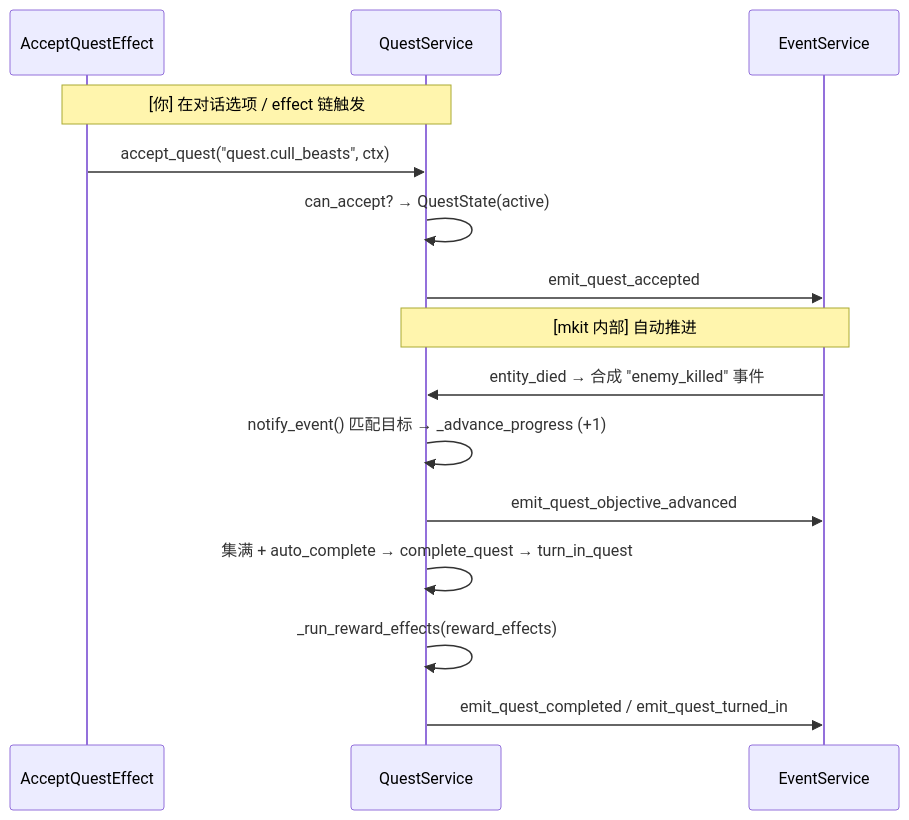
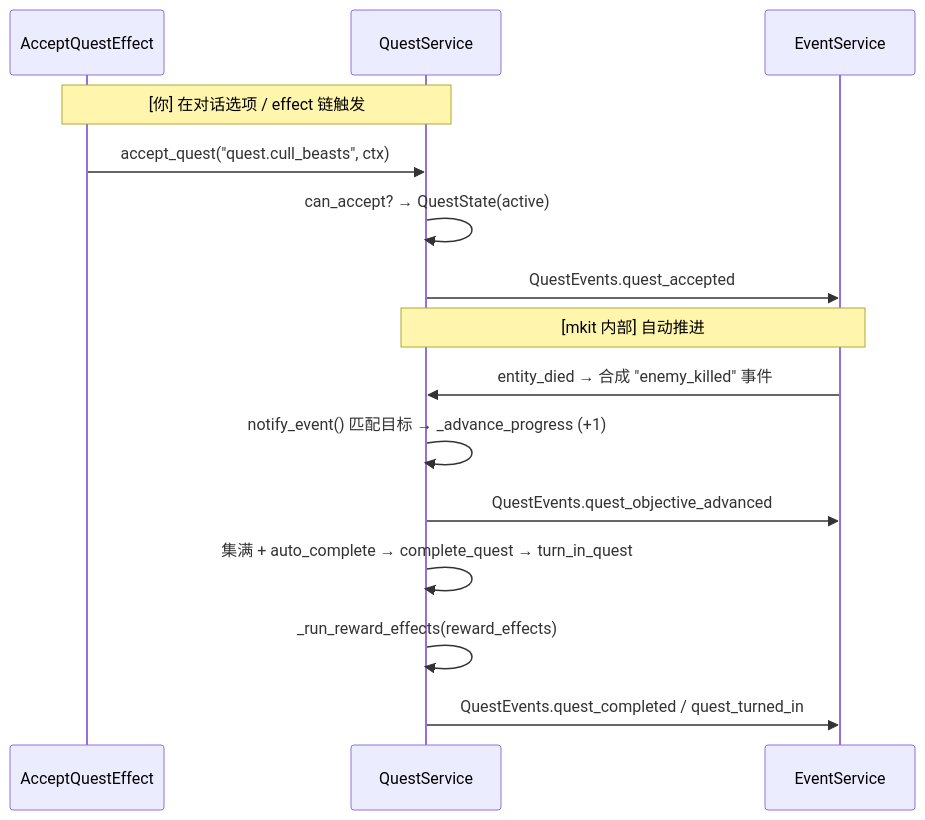
Diagram 12 of 20 in docs/pipeline.md (xiaofeiqiu/mkit), drawn with Mermaid before and after one commit. The commit also changed other lines of this file and 116 other files, not shown here.

````diff
--- a/docs/pipeline.md
+++ b/docs/pipeline.md
@@ -756,18 +759,18 @@
 ```mermaid
 sequenceDiagram
     participant Eff as AcceptQuestEffect
     participant QS as QuestService
     participant ES as EventService
 
     Note over Eff,QS: [你] 在对话选项 / effect 链触发
     Eff->>QS: accept_quest("quest.cull_beasts", ctx)
     QS->>QS: can_accept? → QuestState(active)
-    QS->>ES: emit_quest_accepted
+    QS->>ES: QuestEvents.quest_accepted
     Note over ES,QS: [mkit 内部] 自动推进
     ES->>QS: entity_died → 合成 "enemy_killed" 事件
     QS->>QS: notify_event() 匹配目标 → _advance_progress (+1)
-    QS->>ES: emit_quest_objective_advanced
+    QS->>ES: QuestEvents.quest_objective_advanced
     QS->>QS: 集满 + auto_complete → complete_quest → turn_in_quest
     QS->>QS: _run_reward_effects(reward_effects)
-    QS->>ES: emit_quest_completed / emit_quest_turned_in
+    QS->>ES: QuestEvents.quest_completed / quest_turned_in
 ```
````
